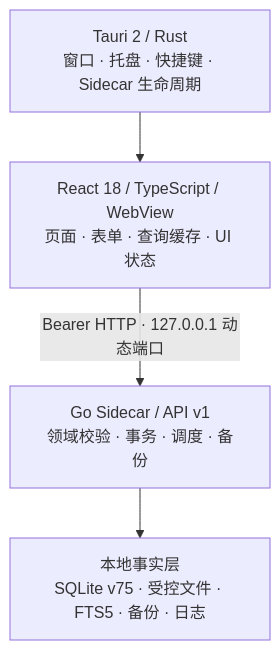
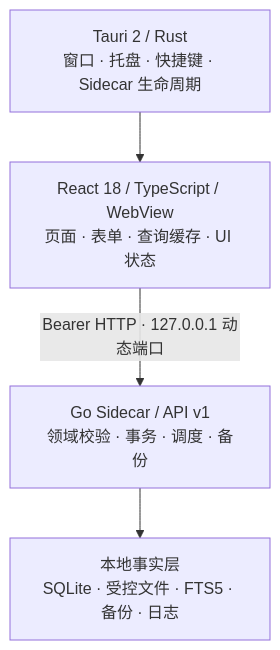
The diagram in README.md (DingxinTao0417/opc-workspace), drawn with Mermaid before and after one commit. The commit also changed other lines of this file and 1 other file, not shown here.

````diff
--- a/README.md
+++ b/README.md
@@ -163,11 +156,11 @@
 ```mermaid
 flowchart TB
     Desktop["Tauri 2 / Rust<br/>窗口 · 托盘 · 快捷键 · Sidecar 生命周期"]
     Web["React 18 / TypeScript / WebView<br/>页面 · 表单 · 查询缓存 · UI 状态"]
     API["Go Sidecar / API v1<br/>领域校验 · 事务 · 调度 · 备份"]
-    Data["本地事实层<br/>SQLite v75 · 受控文件 · FTS5 · 备份 · 日志"]
+    Data["本地事实层<br/>SQLite · 受控文件 · FTS5 · 备份 · 日志"]
 
     Desktop --> Web
     Web -->|"Bearer HTTP · 127.0.0.1 动态端口"| API
     API --> Data
 ```
````
